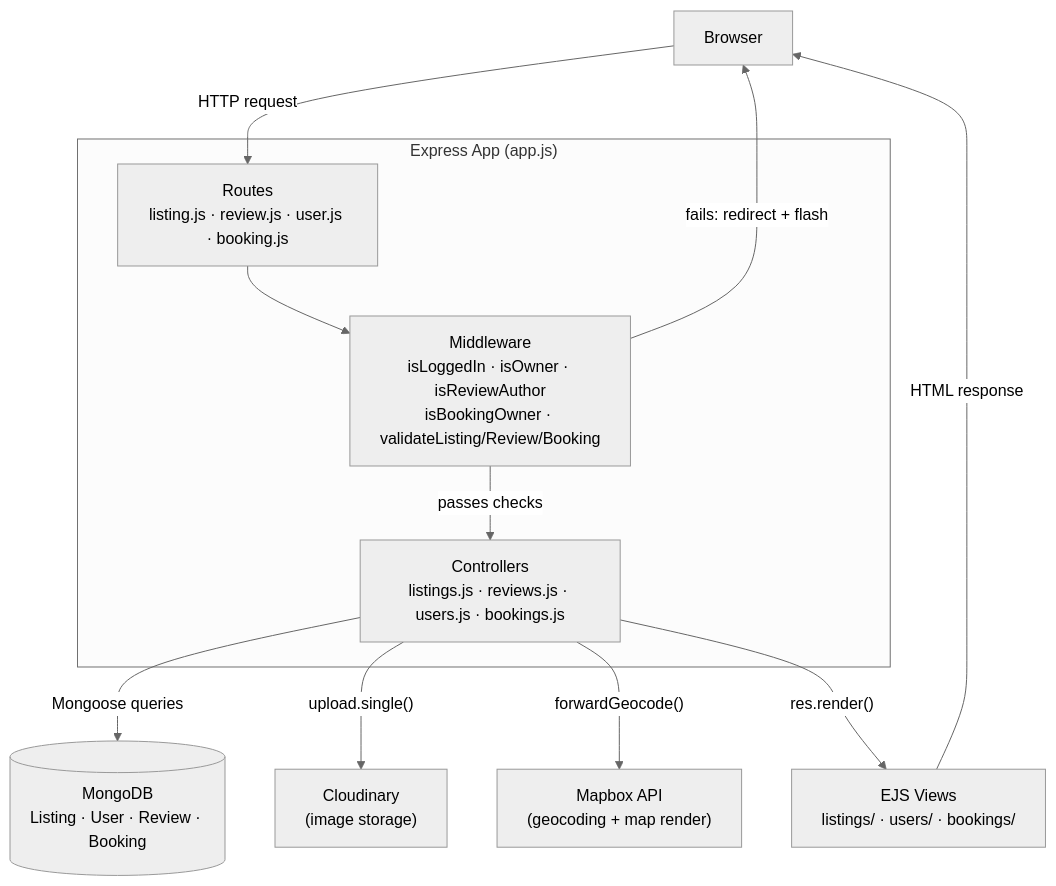
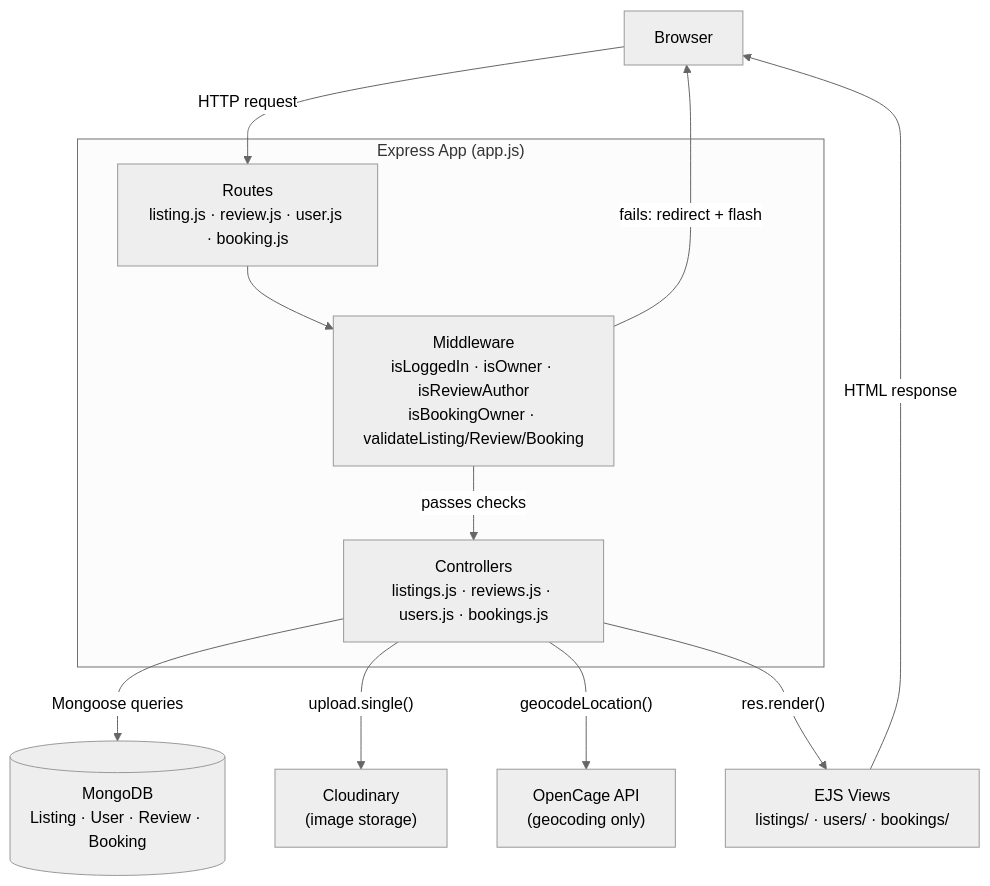
One commit to KushagraSri87/StayScape changed the first of 2 diagrams in README.md. Above: the diagram before and after it, drawn with Mermaid (neutral theme). The commit also changed other lines of this file, not shown here.

First line of the commit message:
Update README: replace Mapbox references with OpenCage + Leaflet

````diff
--- a/README.md
+++ b/README.md
@@ -31,25 +31,25 @@
 ```mermaid
 flowchart TD
     Browser["Browser"]
 
     subgraph Express["Express App (app.js)"]
         Router["Routes<br/>listing.js · review.js · user.js · booking.js"]
         MW["Middleware<br/>isLoggedIn · isOwner · isReviewAuthor<br/>isBookingOwner · validateListing/Review/Booking"]
         Ctrl["Controllers<br/>listings.js · reviews.js · users.js · bookings.js"]
     end
 
     Views["EJS Views<br/>listings/ · users/ · bookings/"]
     DB[("MongoDB<br/>Listing · User · Review · Booking")]
     Cloudinary["Cloudinary<br/>(image storage)"]
-    Mapbox["Mapbox API<br/>(geocoding + map render)"]
+    OpenCage["OpenCage API<br/>(geocoding only)"]
 
     Browser -->|"HTTP request"| Router
     Router --> MW
     MW -->|"passes checks"| Ctrl
     MW -->|"fails: redirect + flash"| Browser
     Ctrl -->|"Mongoose queries"| DB
     Ctrl -->|"upload.single()"| Cloudinary
-    Ctrl -->|"forwardGeocode()"| Mapbox
+    Ctrl -->|"geocodeLocation()"| OpenCage
     Ctrl -->|"res.render()"| Views
     Views -->|"HTML response"| Browser
 ```
````
